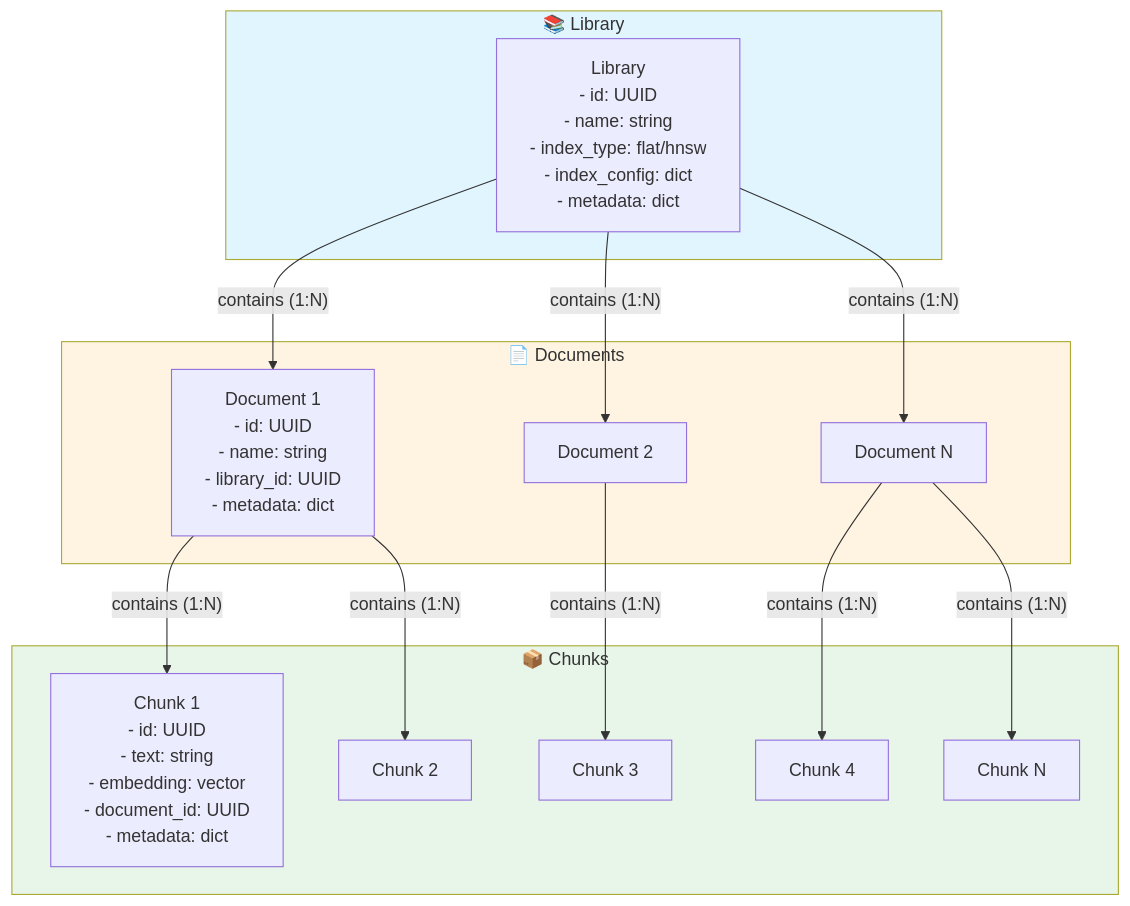
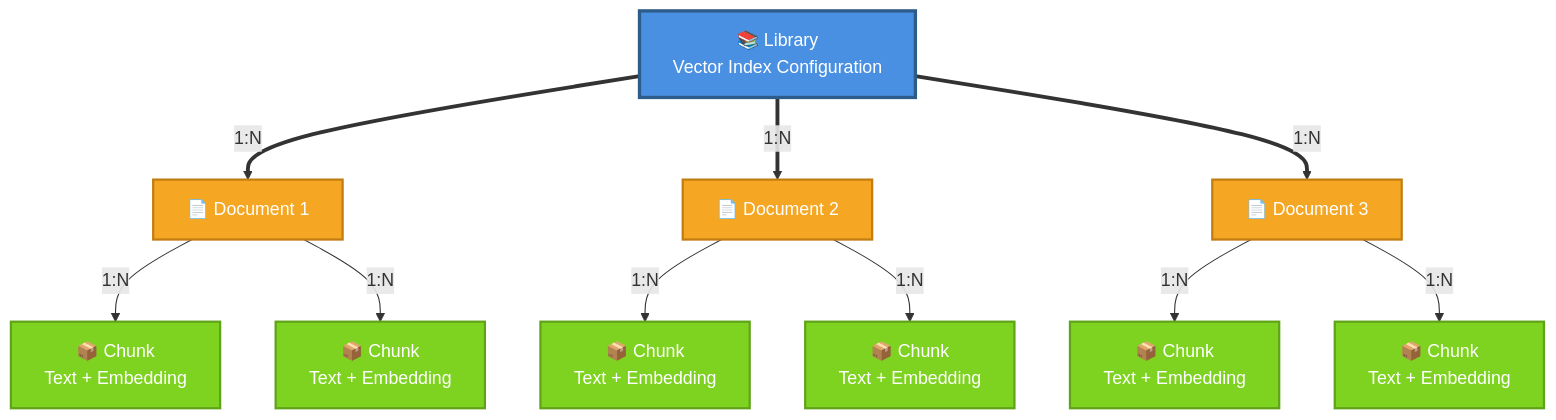
The diagram in README.md (ajshedivy/my-vector-db), drawn with Mermaid before and after one commit. The commit also changed 6 other files, not shown here.

Commit message:
update diagram

````diff
--- a/README.md
+++ b/README.md
@@ -103,34 +103,37 @@
 ```mermaid
-graph TD
-    subgraph Library["📚 Library"]
-        L[Library<br/>- id: UUID<br/>- name: string<br/>- index_type: flat/hnsw<br/>- index_config: dict<br/>- metadata: dict]
-    end
+graph TB
+    L["📚 Library<br/>Vector Index Configuration"]
 
-    subgraph Documents["📄 Documents"]
-        D1[Document 1<br/>- id: UUID<br/>- name: string<br/>- library_id: UUID<br/>- metadata: dict]
-        D2[Document 2]
-        D3[Document N]
-    end
+    D1["📄 Document 1"]
+    D2["📄 Document 2"]
+    D3["📄 Document 3"]
 
-    subgraph Chunks["📦 Chunks"]
-        C1[Chunk 1<br/>- id: UUID<br/>- text: string<br/>- embedding: vector<br/>- document_id: UUID<br/>- metadata: dict]
-        C2[Chunk 2]
-        C3[Chunk 3]
-        C4[Chunk 4]
-        C5[Chunk N]
-    end
+    C1["📦 Chunk<br/>Text + Embedding"]
+    C2["📦 Chunk<br/>Text + Embedding"]
+    C3["📦 Chunk<br/>Text + Embedding"]
+    C4["📦 Chunk<br/>Text + Embedding"]
+    C5["📦 Chunk<br/>Text + Embedding"]
+    C6["📦 Chunk<br/>Text + Embedding"]
 
-    L -->|"contains (1:N)"| D1
-    L -->|"contains (1:N)"| D2
-    L -->|"contains (1:N)"| D3
+    L ==>|"1:N"| D1
+    L ==>|"1:N"| D2
+    L ==>|"1:N"| D3
 
-    D1 -->|"contains (1:N)"| C1
-    D1 -->|"contains (1:N)"| C2
-    D2 -->|"contains (1:N)"| C3
-    D3 -->|"contains (1:N)"| C4
-    D3 -->|"contains (1:N)"| C5
+    D1 -->|"1:N"| C1
+    D1 -->|"1:N"| C2
+    D2 -->|"1:N"| C3
+    D2 -->|"1:N"| C4
+    D3 -->|"1:N"| C5
+    D3 -->|"1:N"| C6
 
-    style Library fill:#e1f5ff
-    style Documents fill:#fff4e1
-    style Chunks fill:#e8f5e9
+    style L fill:#4A90E2,stroke:#2E5C8A,stroke-width:3px,color:#fff
+    style D1 fill:#F5A623,stroke:#C17D11,stroke-width:2px,color:#fff
+    style D2 fill:#F5A623,stroke:#C17D11,stroke-width:2px,color:#fff
+    style D3 fill:#F5A623,stroke:#C17D11,stroke-width:2px,color:#fff
+    style C1 fill:#7ED321,stroke:#5FA319,stroke-width:2px,color:#fff
+    style C2 fill:#7ED321,stroke:#5FA319,stroke-width:2px,color:#fff
+    style C3 fill:#7ED321,stroke:#5FA319,stroke-width:2px,color:#fff
+    style C4 fill:#7ED321,stroke:#5FA319,stroke-width:2px,color:#fff
+    style C5 fill:#7ED321,stroke:#5FA319,stroke-width:2px,color:#fff
+    style C6 fill:#7ED321,stroke:#5FA319,stroke-width:2px,color:#fff
 ```
````
